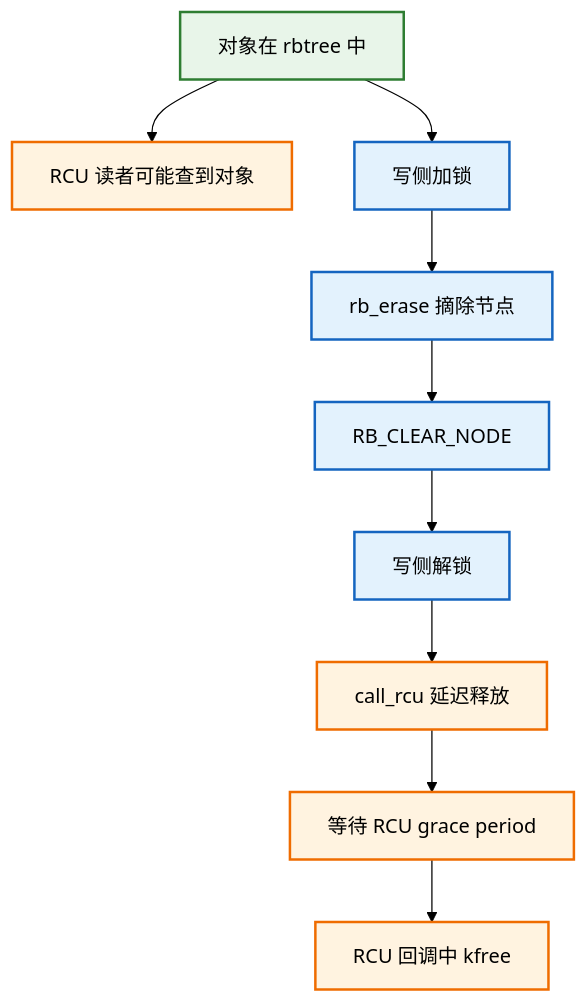
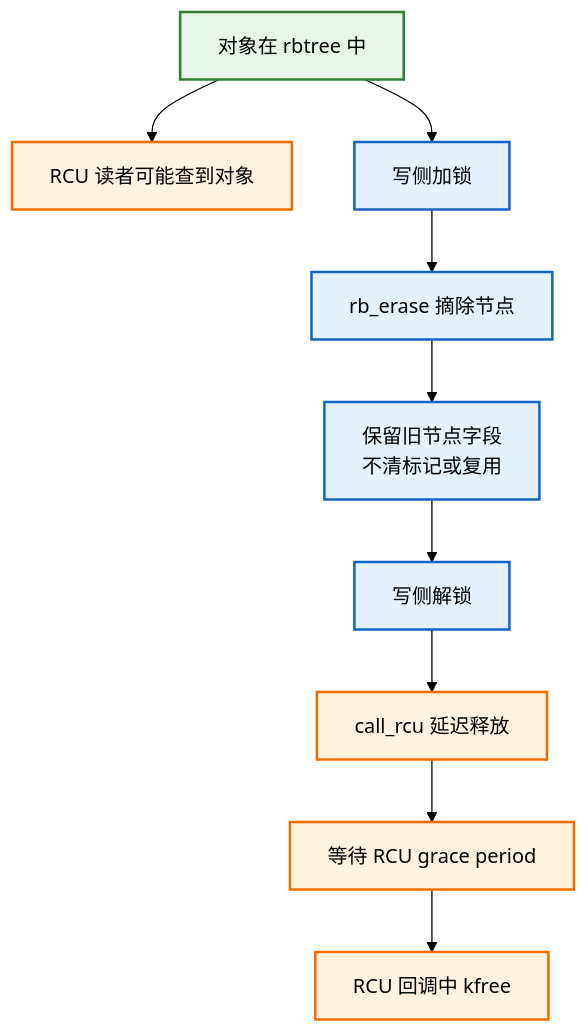
Before and after one commit to FormingSystem/linux_note: diagram 20 of 53 in knowledge/linux/data_structures/红黑树_rb-tree/P09_Linux_6.12_内核_rbtree_嵌入式节点与使用者接口.md, drawn with Mermaid (forest theme). The commit also changed other lines of this file and 12 other files, not shown here.

````diff
--- a/knowledge/linux/data_structures/红黑树_rb-tree/P09_Linux_6.12_内核_rbtree_嵌入式节点与使用者接口.md
+++ b/knowledge/linux/data_structures/红黑树_rb-tree/P09_Linux_6.12_内核_rbtree_嵌入式节点与使用者接口.md
@@ -1586,30 +1587,30 @@
 ```mermaid
 graph TD
 	in_tree["对象在 rbtree 中"]
 	rcu_reader["RCU 读者可能查到对象"]
 	writer_lock["写侧加锁"]
 	erase_obj["rb_erase 摘除节点"]
-	clear_obj["RB_CLEAR_NODE"]
+	clear_obj["保留旧节点字段<br/>不清标记或复用"]
 	unlock_writer["写侧解锁"]
 	call_rcu_node["call_rcu 延迟释放"]
 	grace_period["等待 RCU grace period"]
 	rcu_free["RCU 回调中 kfree"]
 
 	in_tree --> rcu_reader
 	in_tree --> writer_lock
 	writer_lock --> erase_obj
 	erase_obj --> clear_obj
 	clear_obj --> unlock_writer
 	unlock_writer --> call_rcu_node
 	call_rcu_node --> grace_period
 	grace_period --> rcu_free
 
 	classDef state fill:#e8f5e9,stroke:#2e7d32,color:#000,stroke-width:2px;
 	classDef writer fill:#e3f2fd,stroke:#1565c0,color:#000,stroke-width:2px;
 	classDef rcu fill:#fff3e0,stroke:#ef6c00,color:#000,stroke-width:2px;
 	classDef danger fill:#ffebee,stroke:#c62828,color:#000,stroke-width:2px;
 
 	class in_tree state;
 	class writer_lock,erase_obj,clear_obj,unlock_writer writer;
 	class rcu_reader,call_rcu_node,grace_period,rcu_free rcu;
 ```
````
